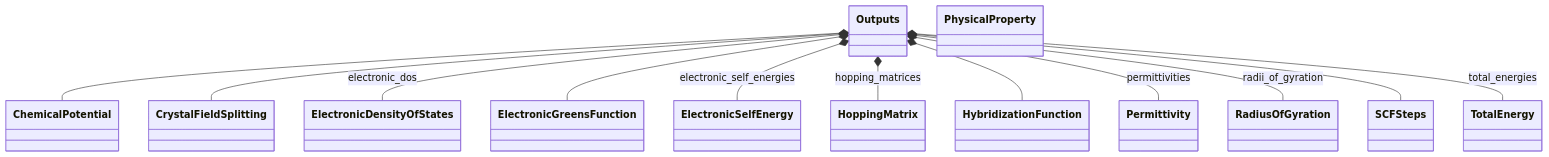
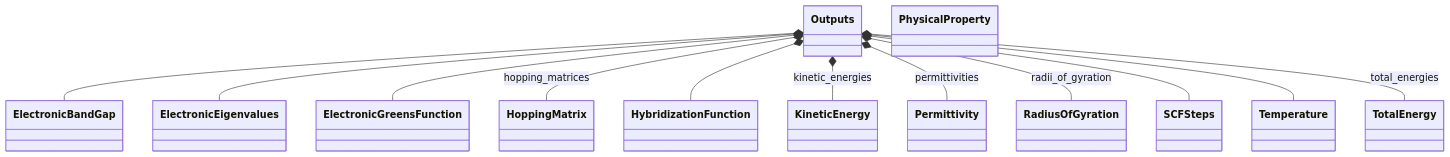
The second of 2 diagrams in docs/schema/outputs.diagram.md (FAIRmat-NFDI/nomad-simulations), drawn with Mermaid before and after one commit. The commit also changed 3 other files, not shown here.

Commit message:
regenerate docs schema

````diff
--- a/docs/schema/outputs.diagram.md
+++ b/docs/schema/outputs.diagram.md
@@ -68,40 +68,40 @@
 ```mermaid
 classDiagram
-    class ChemicalPotential {
+    class ElectronicBandGap {
     }
-    class CrystalFieldSplitting {
-    }
-    class ElectronicDensityOfStates {
+    class ElectronicEigenvalues {
     }
     class ElectronicGreensFunction {
-    }
-    class ElectronicSelfEnergy {
     }
     class HoppingMatrix {
     }
     class HybridizationFunction {
+    }
+    class KineticEnergy {
     }
     class Outputs {
     }
     class Permittivity {
     }
     class PhysicalProperty {
     }
     class RadiusOfGyration {
     }
     class SCFSteps {
     }
+    class Temperature {
+    }
     class TotalEnergy {
     }
-    Outputs *-- ChemicalPotential
-    Outputs *-- CrystalFieldSplitting
-    Outputs *-- ElectronicDensityOfStates : electronic_dos
+    Outputs *-- ElectronicBandGap
+    Outputs *-- ElectronicEigenvalues
     Outputs *-- ElectronicGreensFunction
-    Outputs *-- ElectronicSelfEnergy : electronic_self_energies
     Outputs *-- HoppingMatrix : hopping_matrices
     Outputs *-- HybridizationFunction
+    Outputs *-- KineticEnergy : kinetic_energies
     Outputs *-- Permittivity : permittivities
     Outputs *-- RadiusOfGyration : radii_of_gyration
     Outputs *-- SCFSteps
+    Outputs *-- Temperature
     Outputs *-- TotalEnergy : total_energies
 ```
````
